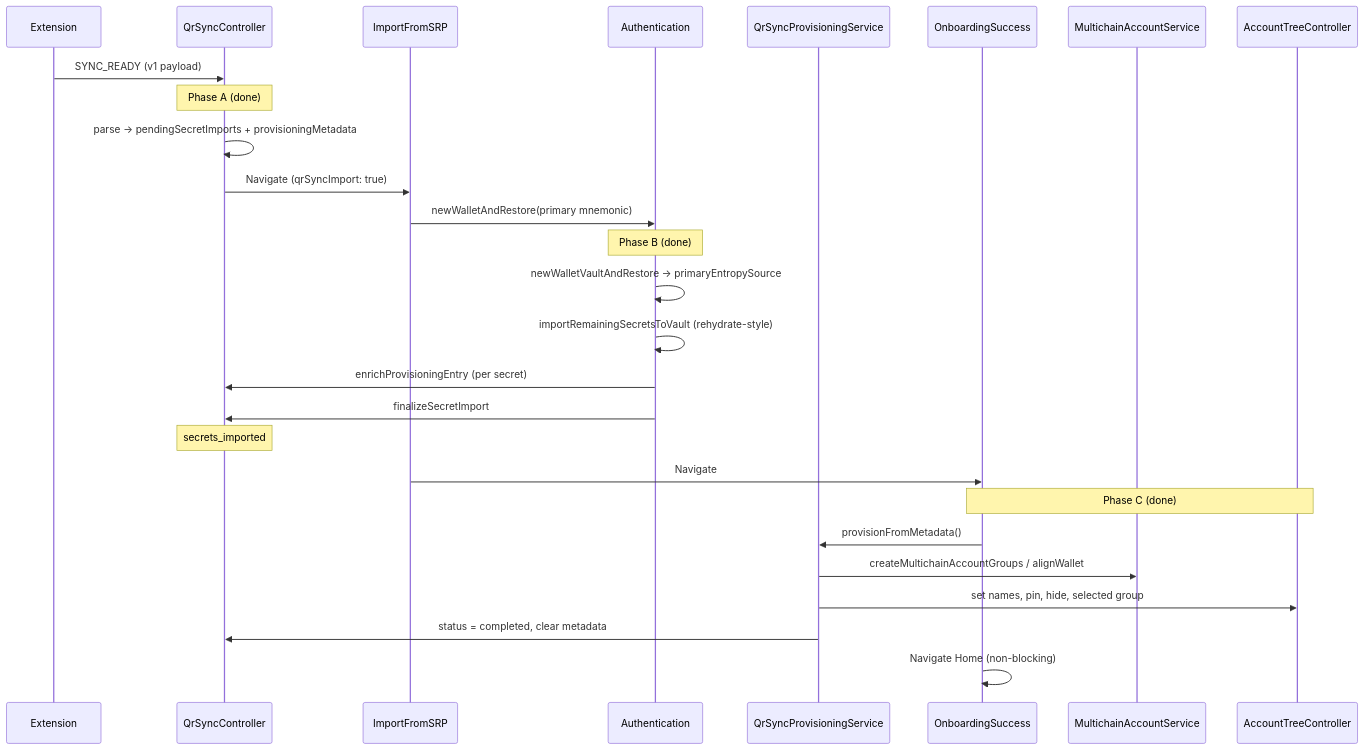
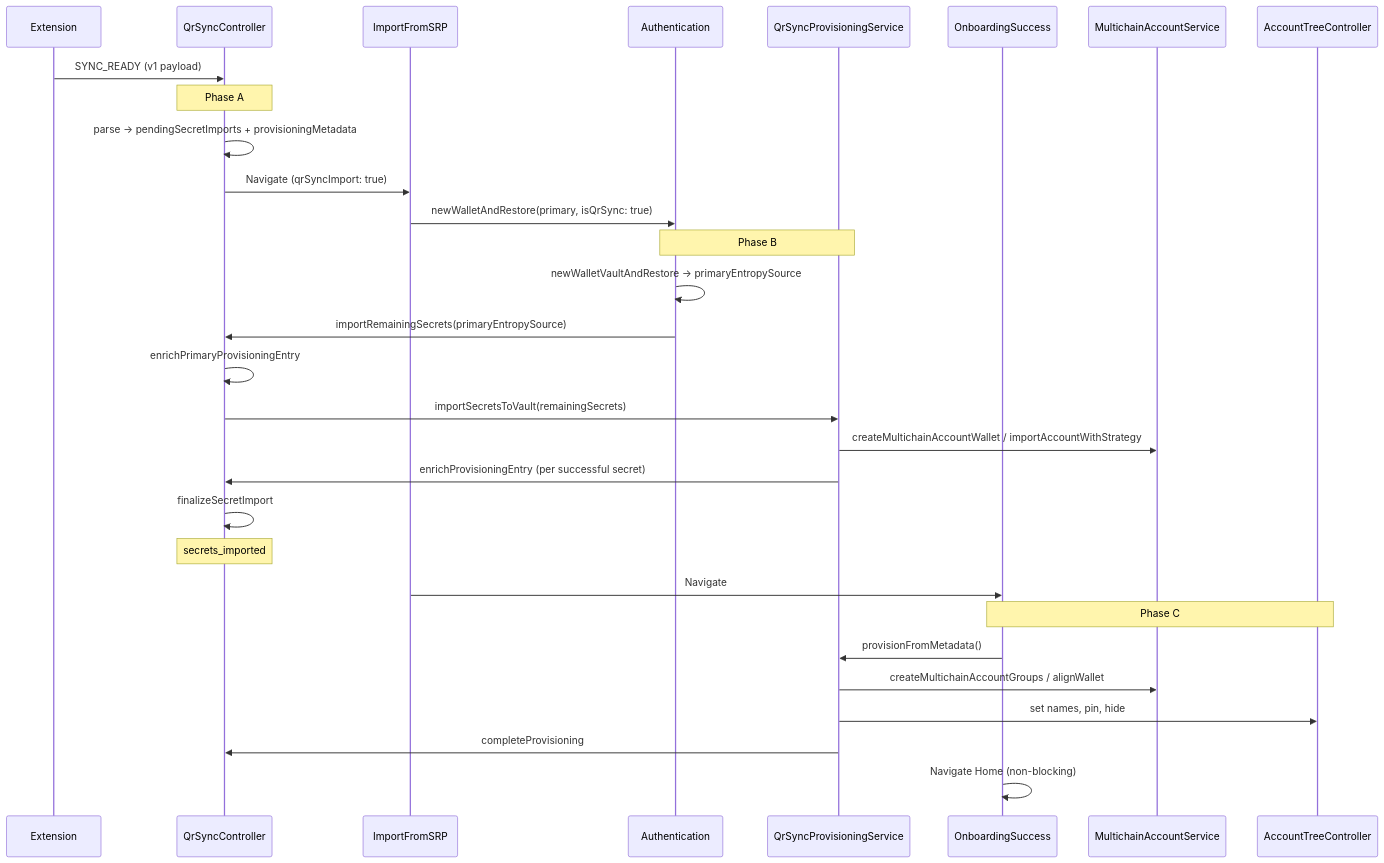
The diagram in docs/qr-sync/onboarding-provisioning.md (MetaMask/metamask-mobile), drawn with Mermaid before and after one commit. The commit also changed other lines of this file and 9 other files, not shown here.

````diff
--- a/docs/qr-sync/onboarding-provisioning.md
+++ b/docs/qr-sync/onboarding-provisioning.md
@@ -117,32 +124,35 @@
 ```mermaid
 sequenceDiagram
     participant Ext as Extension
     participant QC as QrSyncController
     participant Import as ImportFromSRP
     participant Auth as Authentication
     participant Prov as QrSyncProvisioningService
     participant Success as OnboardingSuccess
     participant MAS as MultichainAccountService
     participant ATC as AccountTreeController
 
     Ext->>QC: SYNC_READY (v1 payload)
-    Note over QC: Phase A (done)
+    Note over QC: Phase A
     QC->>QC: parse → pendingSecretImports + provisioningMetadata
     QC->>Import: Navigate (qrSyncImport: true)
 
-    Import->>Auth: newWalletAndRestore(primary mnemonic)
-    Note over Auth: Phase B (done)
+    Import->>Auth: newWalletAndRestore(primary, isQrSync: true)
+    Note over Auth,Prov: Phase B
     Auth->>Auth: newWalletVaultAndRestore → primaryEntropySource
-    Auth->>Auth: importRemainingSecretsToVault (rehydrate-style)
-    Auth->>QC: enrichProvisioningEntry (per secret)
-    Auth->>QC: finalizeSecretImport
+    Auth->>QC: importRemainingSecrets(primaryEntropySource)
+    QC->>QC: enrichPrimaryProvisioningEntry
+    QC->>Prov: importSecretsToVault(remainingSecrets)
+    Prov->>MAS: createMultichainAccountWallet / importAccountWithStrategy
+    Prov->>QC: enrichProvisioningEntry (per successful secret)
+    QC->>QC: finalizeSecretImport
     Note over QC: secrets_imported
     Import->>Success: Navigate
 
-    Note over Success,ATC: Phase C (done)
+    Note over Success,ATC: Phase C
     Success->>Prov: provisionFromMetadata()
     Prov->>MAS: createMultichainAccountGroups / alignWallet
-    Prov->>ATC: set names, pin, hide, selected group
-    Prov->>QC: status = completed, clear metadata
+    Prov->>ATC: set names, pin, hide
+    Prov->>QC: completeProvisioning
     Success->>Success: Navigate Home (non-blocking)
 ```
````
